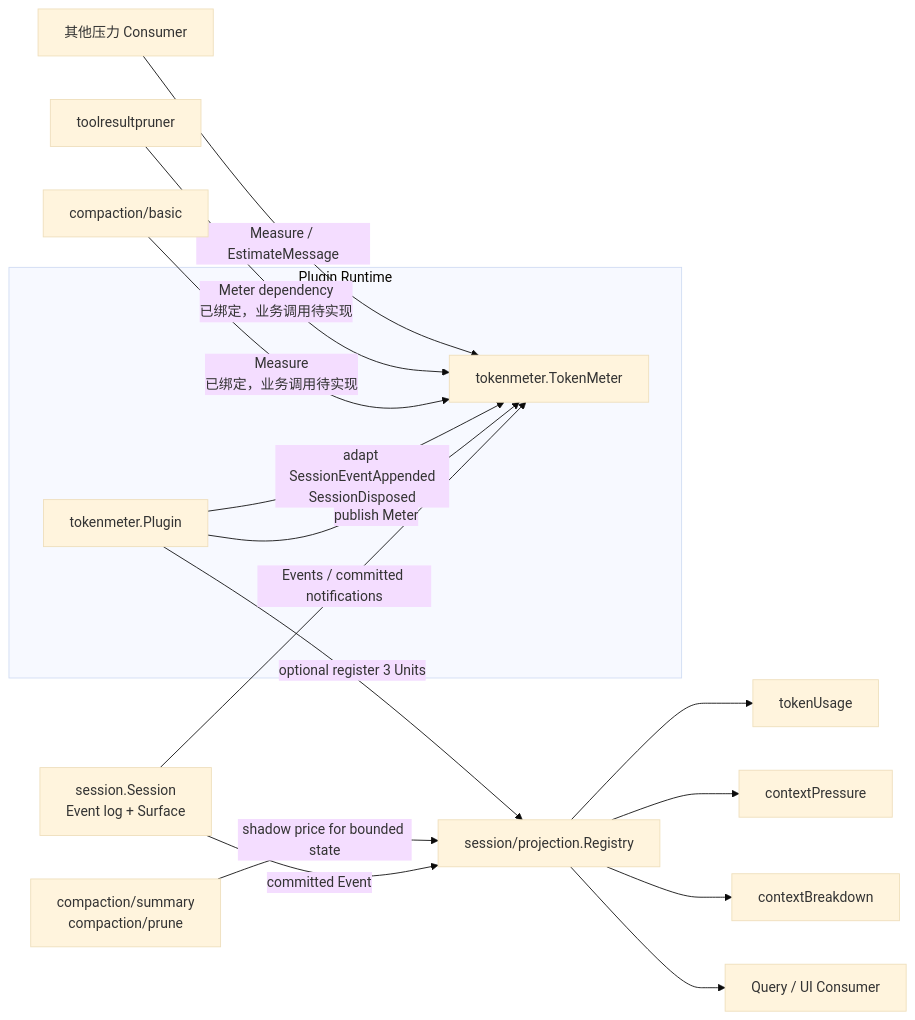
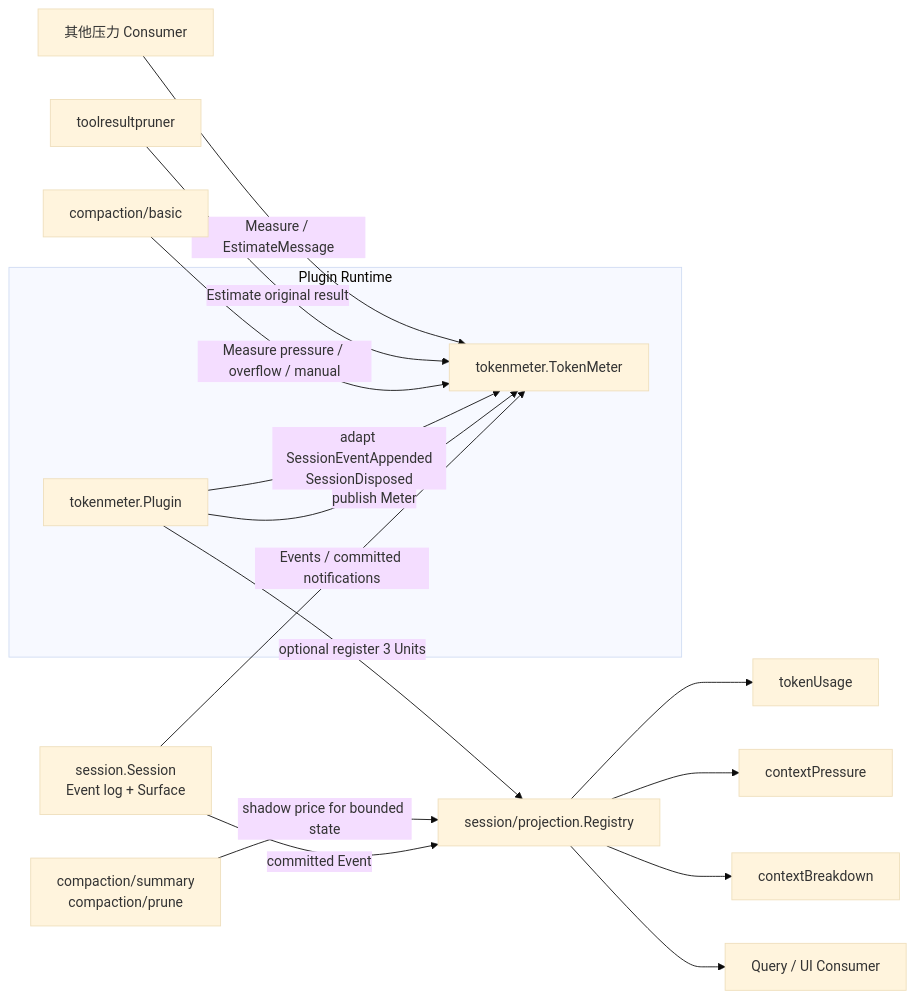
The first of 4 diagrams in llm/tokenmeter/README.zh-CN.md (gorenx/goren), drawn with Mermaid (base theme) before and after one commit. The commit also changed other lines of this file and 13 other files, not shown here.

````diff
--- a/llm/tokenmeter/README.zh-CN.md
+++ b/llm/tokenmeter/README.zh-CN.md
@@ -42,24 +42,24 @@
 ```mermaid
 flowchart LR
     subgraph Runtime[Plugin Runtime]
         TP[tokenmeter.Plugin]
         TM[tokenmeter.TokenMeter]
     end
 
     SESSION[session.Session<br/>Event log + Surface] -->|Events / committed notifications| TM
     TP -->|publish Meter| TM
     TP -->|adapt SessionEventAppended<br/>SessionDisposed| TM
 
-    BASIC[compaction/basic] -->|Measure<br/>已绑定，业务调用待实现| TM
-    PRUNER[toolresultpruner] -->|Meter dependency<br/>已绑定，业务调用待实现| TM
+    BASIC[compaction/basic] -->|Measure pressure / overflow / manual| TM
+    PRUNER[toolresultpruner] -->|Estimate original result| TM
     OTHER[其他压力 Consumer] -->|Measure / EstimateMessage| TM
 
     TP -->|optional register 3 Units| REG[session/projection.Registry]
     SESSION -->|committed Event| REG
     REG --> USAGE[tokenUsage]
     REG --> PRESSURE[contextPressure]
     REG --> BREAKDOWN[contextBreakdown]
     REG --> QUERY[Query / UI Consumer]
 
     SUMMARY[compaction/summary<br/>compaction/prune] -->|shadow price for bounded state| REG
 ```
````
